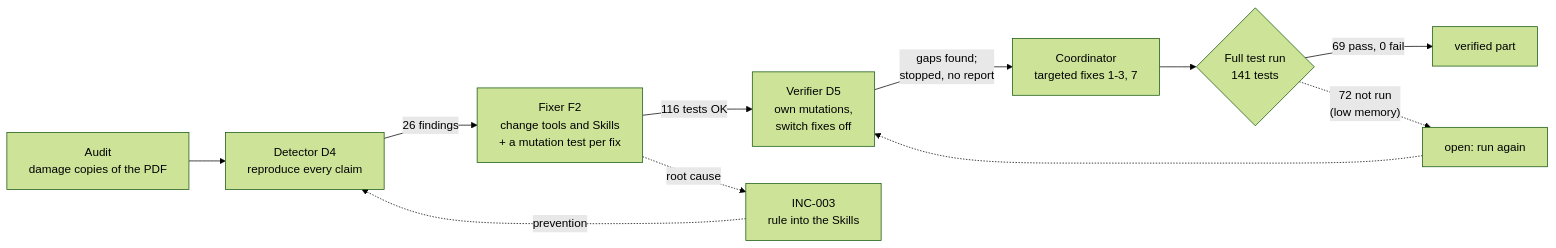
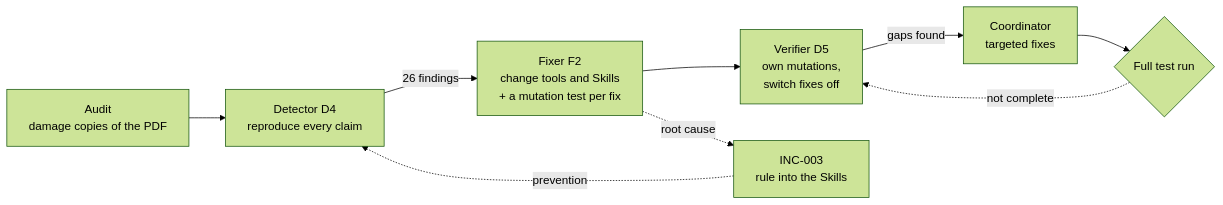
Before and after one commit to dariapetel-cpu/behind-the-playlist-public: the diagram in README.md, drawn with Mermaid (forest theme). The commit also changed other lines of this file and 1 other file, not shown here.

First line of the commit message:
README: merge the QA sections and state the test limits once

````diff
--- a/README.md
+++ b/README.md
@@ -111,13 +92,11 @@
 ```mermaid
 flowchart LR
   A["Audit<br/>damage copies of the PDF"] --> D["Detector D4<br/>reproduce every claim"]
   D -->|"26 findings"| F["Fixer F2<br/>change tools and Skills<br/>+ a mutation test per fix"]
-  F -->|"116 tests OK"| V["Verifier D5<br/>own mutations,<br/>switch fixes off"]
-  V -->|"gaps found;<br/>stopped, no report"| C["Coordinator<br/>targeted fixes 1-3, 7"]
-  C --> T{"Full test run<br/>141 tests"}
-  T -->|"69 pass, 0 fail"| OK["verified part"]
-  T -.->|"72 not run<br/>(low memory)"| OPEN["open: run again"]
-  OPEN -.-> V
+  F --> V["Verifier D5<br/>own mutations,<br/>switch fixes off"]
+  V -->|"gaps found"| C["Coordinator<br/>targeted fixes"]
+  C --> T{"Full test run"}
+  T -.->|"not complete"| V
   F -. "root cause" .-> I["INC-003<br/>rule into the Skills"]
   I -. "prevention" .-> D
 ```
````
